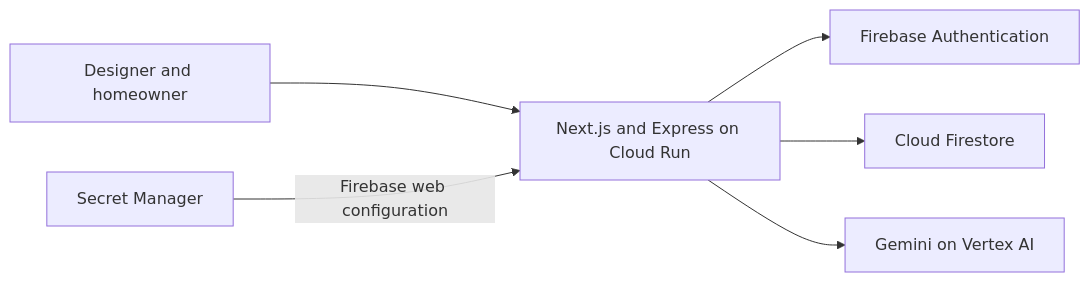
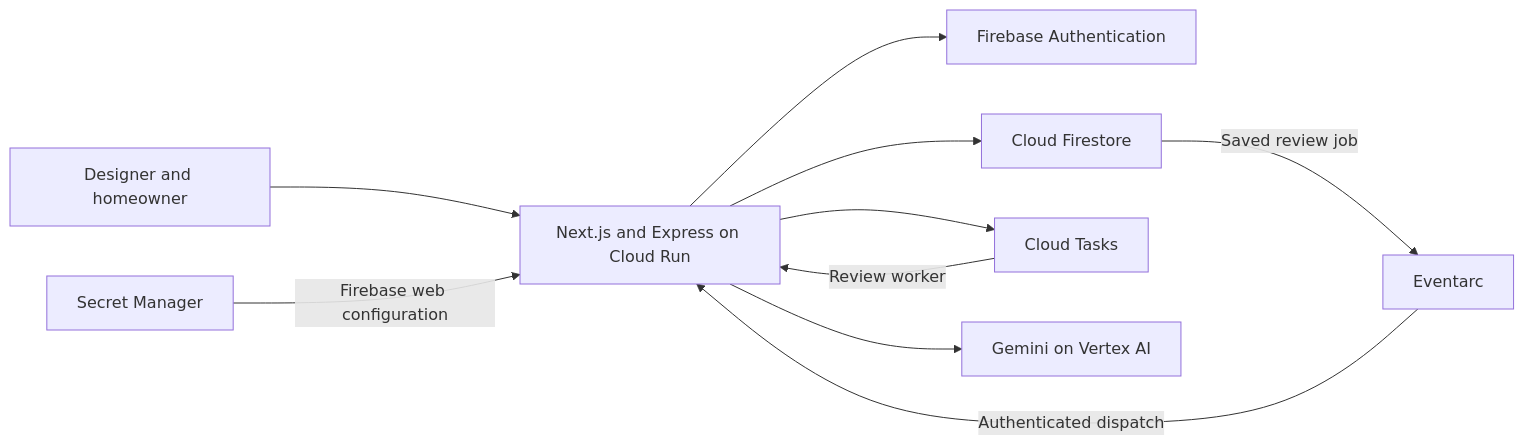
Before and after one commit to jayanth-mkv/vibe-estimate: the diagram in README.md, drawn with Mermaid. The commit also changed other lines of this file and 101 other files, not shown here.

````diff
--- a/README.md
+++ b/README.md
@@ -36,8 +36,12 @@
 ```mermaid
 flowchart LR
   People[Designer and homeowner] --> App[Next.js and Express on Cloud Run]
   App --> Auth[Firebase Authentication]
   App --> Store[Cloud Firestore]
+  Store -->|Saved review job| Events[Eventarc]
+  Events -->|Authenticated dispatch| App
+  App --> Tasks[Cloud Tasks]
+  Tasks -->|Review worker| App
   App --> AI[Gemini on Vertex AI]
   Secrets[Secret Manager] -->|Firebase web configuration| App
 ```
````
